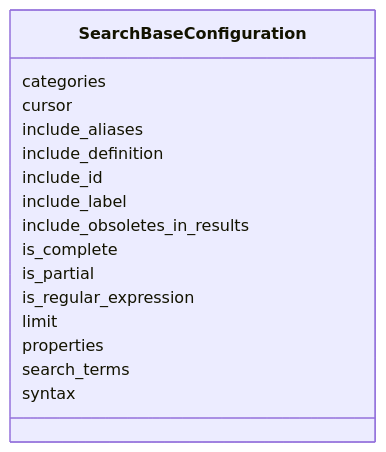
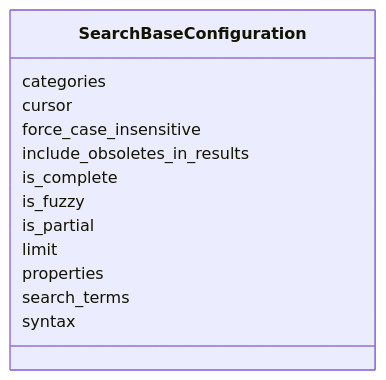
Before and after one commit to INCATools/ontology-access-kit: the diagram in docs/datamodels/search/SearchBaseConfiguration.md, drawn with Mermaid. The commit also changed other lines of this file and 517 other files, not shown here.

````diff
--- a/docs/datamodels/search/SearchBaseConfiguration.md
+++ b/docs/datamodels/search/SearchBaseConfiguration.md
@@ -13,19 +10,16 @@
 ```{mermaid}
  classDiagram
     class SearchBaseConfiguration
       SearchBaseConfiguration : categories
       SearchBaseConfiguration : cursor
-      SearchBaseConfiguration : include_aliases
-      SearchBaseConfiguration : include_definition
-      SearchBaseConfiguration : include_id
-      SearchBaseConfiguration : include_label
+      SearchBaseConfiguration : force_case_insensitive
       SearchBaseConfiguration : include_obsoletes_in_results
       SearchBaseConfiguration : is_complete
+      SearchBaseConfiguration : is_fuzzy
       SearchBaseConfiguration : is_partial
-      SearchBaseConfiguration : is_regular_expression
       SearchBaseConfiguration : limit
       SearchBaseConfiguration : properties
       SearchBaseConfiguration : search_terms
       SearchBaseConfiguration : syntax
       
 ```
````
